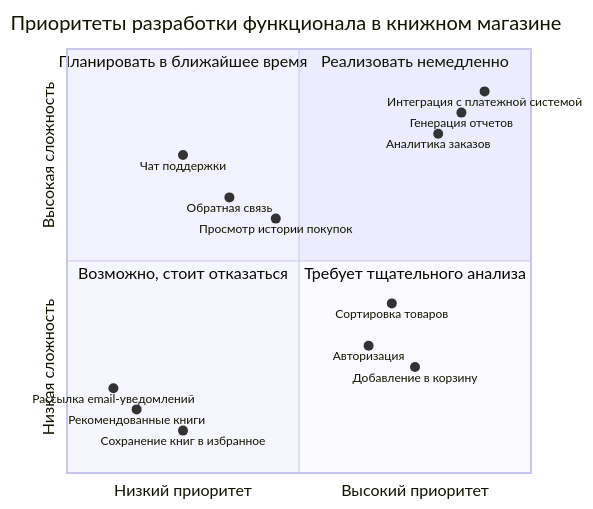
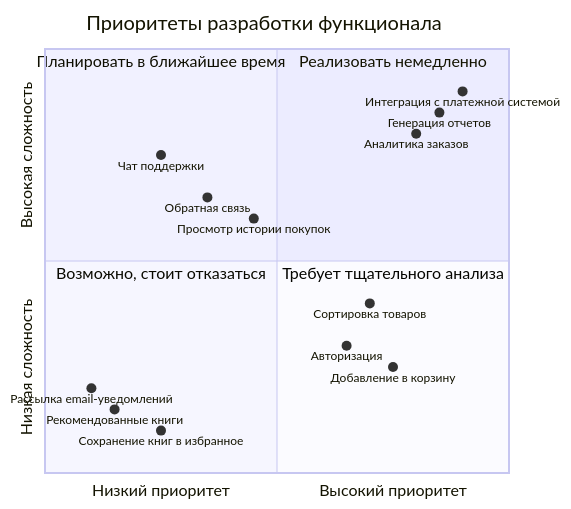
One commit to akneshoot/ShopWeb changed the third of 3 diagrams in README.md. Above: the diagram before and after it, drawn with Mermaid.

````diff
--- a/README.md
+++ b/README.md
@@ -79,22 +79,22 @@
 ```mermaid
 quadrantChart
-    title Приоритеты разработки функционала в книжном магазине
+    title Приоритеты разработки функционала
     x-axis "Низкий приоритет" --> "Высокий приоритет"
     y-axis "Низкая сложность" --> "Высокая сложность"
     quadrant-1 "Реализовать немедленно"
     quadrant-2 "Планировать в ближайшее время"
     quadrant-3 "Возможно, стоит отказаться"
     quadrant-4 "Требует тщательного анализа"
     "Чат поддержки": [0.25, 0.75]
     "Обратная связь": [0.35, 0.65]
     "Просмотр истории покупок": [0.45, 0.60]
     "Генерация отчетов": [0.85, 0.85]
     "Аналитика заказов": [0.80, 0.80]
     "Интеграция с платежной системой": [0.90, 0.90]
     "Добавление в корзину": [0.75, 0.25]
     "Авторизация": [0.65, 0.30]
     "Сортировка товаров": [0.70, 0.40]
     "Рекомендованные книги": [0.15, 0.15]
     "Сохранение книг в избранное": [0.25, 0.10]
     "Рассылка email-уведомлений": [0.10, 0.20]
 ```
````
